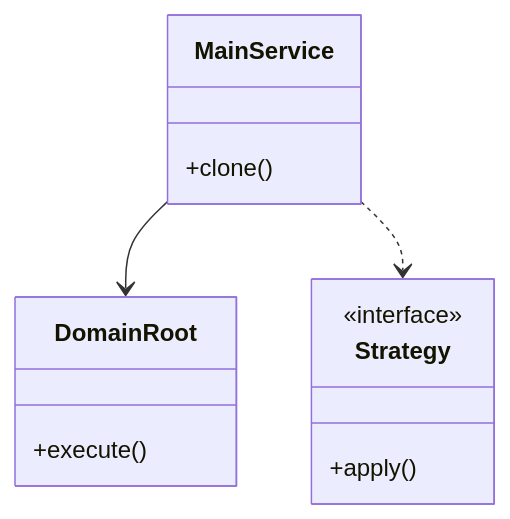
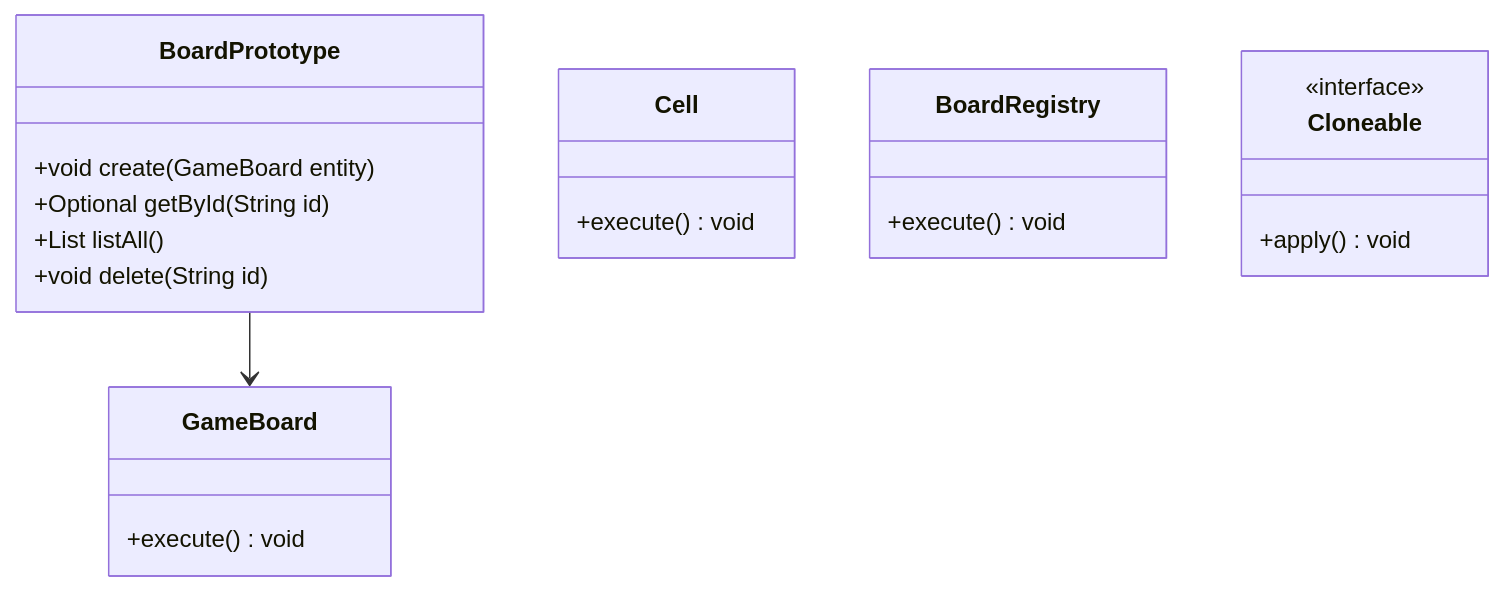
The first of 3 diagrams in Learn/System Design - Low Level Design/03-design-patterns/questions/Q06-prototype-game-board.md (madhupaila/Interview-Prep-SSE), drawn with Mermaid before and after one commit. The commit also changed other lines of this file and 491 other files, not shown here.

````diff
--- a/Learn/System Design - Low Level Design/03-design-patterns/questions/Q06-prototype-game-board.md
+++ b/Learn/System Design - Low Level Design/03-design-patterns/questions/Q06-prototype-game-board.md
@@ -73,15 +88,23 @@
 ```mermaid
 classDiagram
-    class MainService {
-        +clone()
+    class BoardPrototype {
+        +void create(GameBoard entity)
+        +Optional<GameBoard> getById(String id)
+        +List<GameBoard> listAll()
+        +void delete(String id)
     }
-    class DomainRoot {
-        +execute()
+    class GameBoard {
+        +execute() void
     }
-    class Strategy {
+    class Cell {
+        +execute() void
+    }
+    class BoardRegistry {
+        +execute() void
+    }
+    class Cloneable {
         <<interface>>
-        +apply()
+        +apply() void
     }
-    MainService --> DomainRoot
-    MainService ..> Strategy
+    BoardPrototype --> GameBoard
 ```
````
